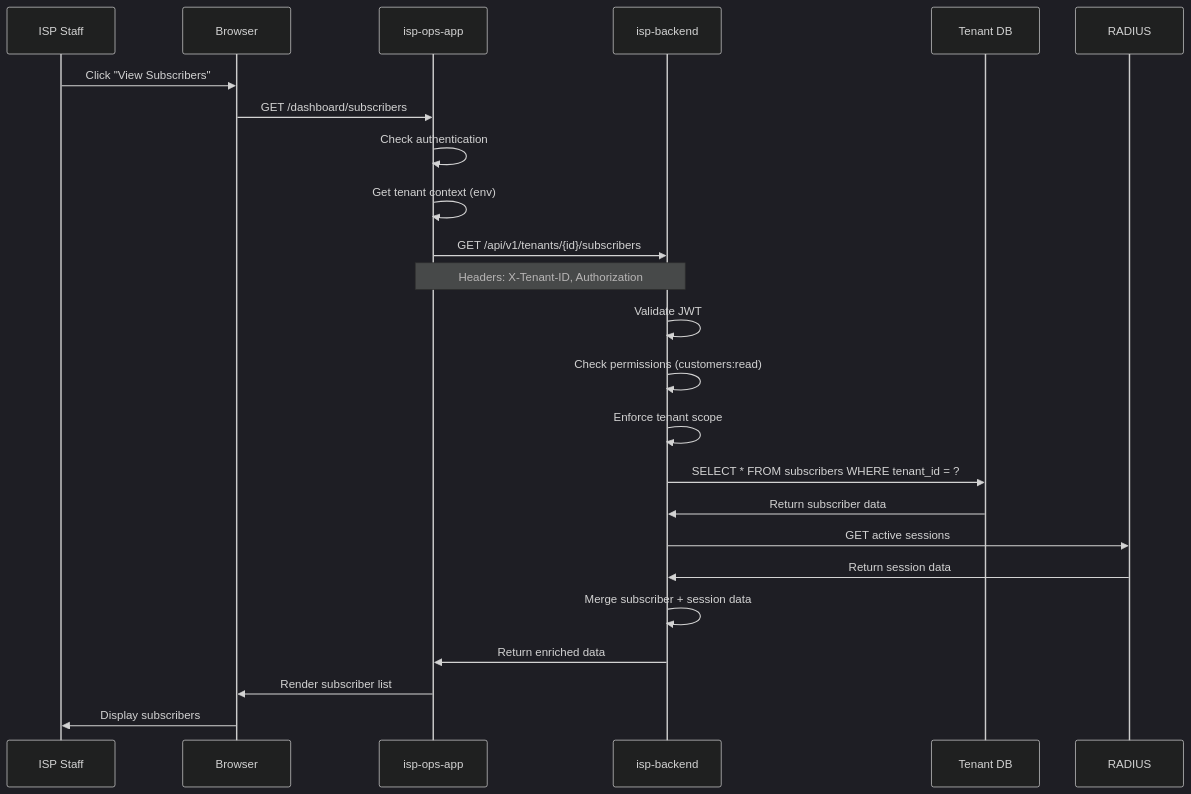
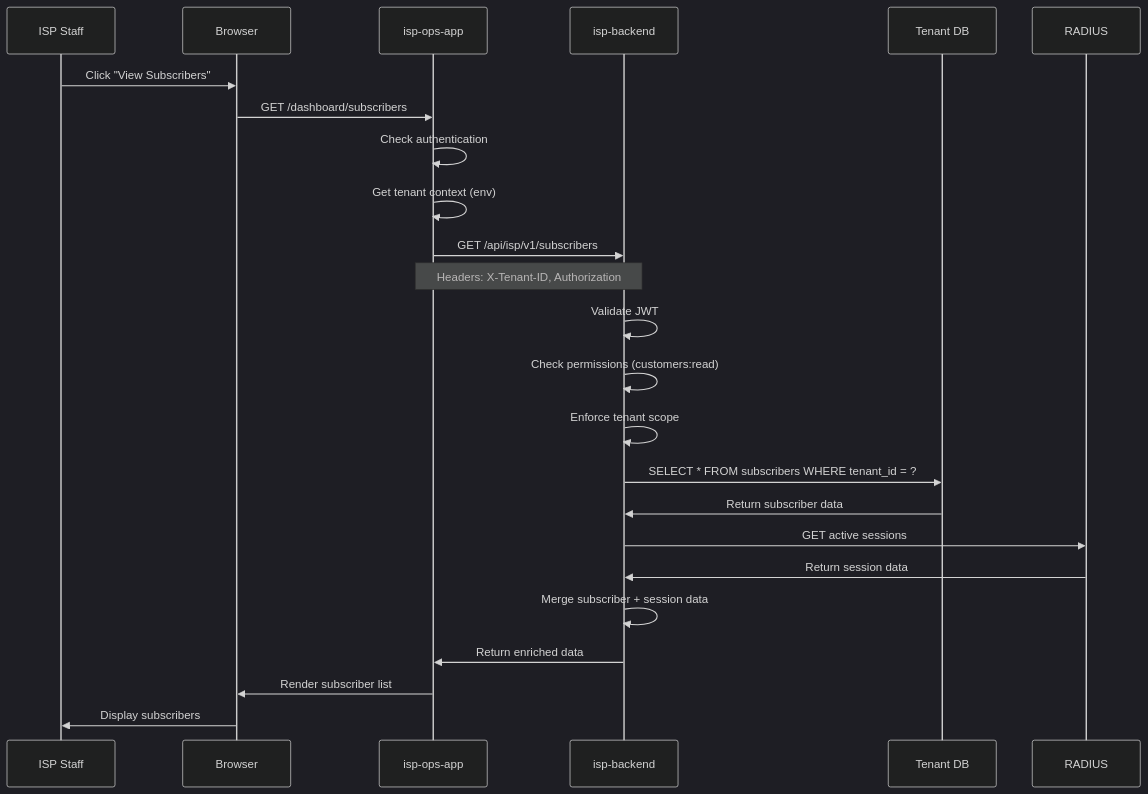
Diagram 11 of 20 in docs/architecture/diagrams/DEPLOYMENT_TOPOLOGY.md (michaelayoade/dotmac-ftth-ops), drawn with Mermaid (dark theme) before and after one commit. The commit also changed 210 other files, not shown here.

````diff
--- a/docs/architecture/diagrams/DEPLOYMENT_TOPOLOGY.md
+++ b/docs/architecture/diagrams/DEPLOYMENT_TOPOLOGY.md
@@ -674,34 +674,34 @@
 ```mermaid
 sequenceDiagram
     participant User as ISP Staff
     participant Browser
     participant ISPApp as isp-ops-app
     participant Backend as isp-backend
     participant TenantDB as Tenant DB
     participant RADIUS
 
     User->>Browser: Click "View Subscribers"
     Browser->>ISPApp: GET /dashboard/subscribers
 
     ISPApp->>ISPApp: Check authentication
     ISPApp->>ISPApp: Get tenant context (env)
 
-    ISPApp->>Backend: GET /api/v1/tenants/{id}/subscribers
+    ISPApp->>Backend: GET /api/isp/v1/subscribers
     Note over ISPApp,Backend: Headers: X-Tenant-ID, Authorization
 
     Backend->>Backend: Validate JWT
     Backend->>Backend: Check permissions (customers:read)
     Backend->>Backend: Enforce tenant scope
 
     Backend->>TenantDB: SELECT * FROM subscribers WHERE tenant_id = ?
     TenantDB->>Backend: Return subscriber data
 
     Backend->>RADIUS: GET active sessions
     RADIUS->>Backend: Return session data
 
     Backend->>Backend: Merge subscriber + session data
     Backend->>ISPApp: Return enriched data
 
     ISPApp->>Browser: Render subscriber list
     Browser->>User: Display subscribers
 ```
````
